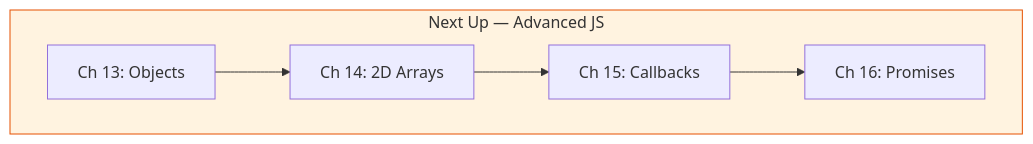
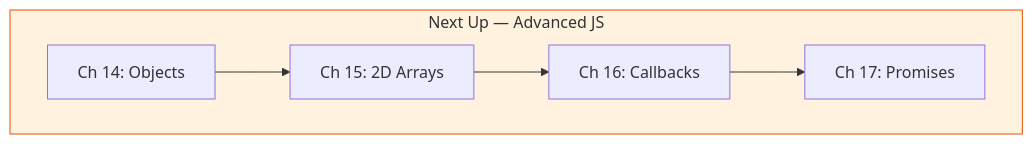
One commit to azherkhan0215-qa/LearnPlayWrightBatch2X changed diagram 25 of 27 in README.md. Above: the diagram before and after it, drawn with Mermaid. The commit also changed other lines of this file and 7 other files, not shown here.

````diff
--- a/README.md
+++ b/README.md
@@ -1475,10 +1555,10 @@
 ```mermaid
 graph TD
     subgraph next["Next Up — Advanced JS"]
-        N1["Ch 13: Objects"] --> N2[Ch 14: 2D Arrays]
-        N2 --> N3[Ch 15: Callbacks]
-        N3 --> N4[Ch 16: Promises]
+        N1["Ch 14: Objects"] --> N2[Ch 15: 2D Arrays]
+        N2 --> N3[Ch 16: Callbacks]
+        N3 --> N4[Ch 17: Promises]
     end
 
     style next fill:#fff3e0,stroke:#e65100
 ```
````
